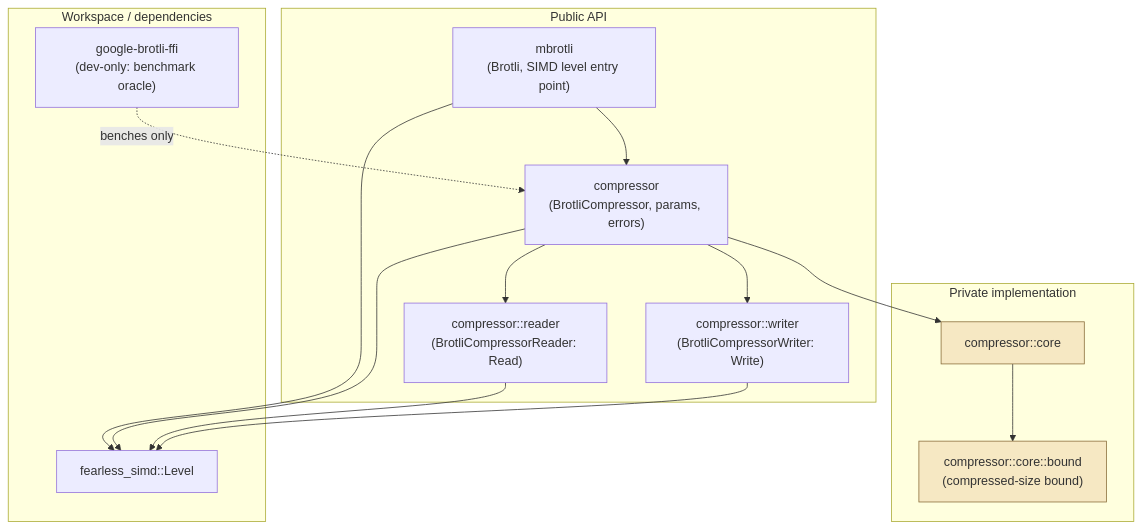
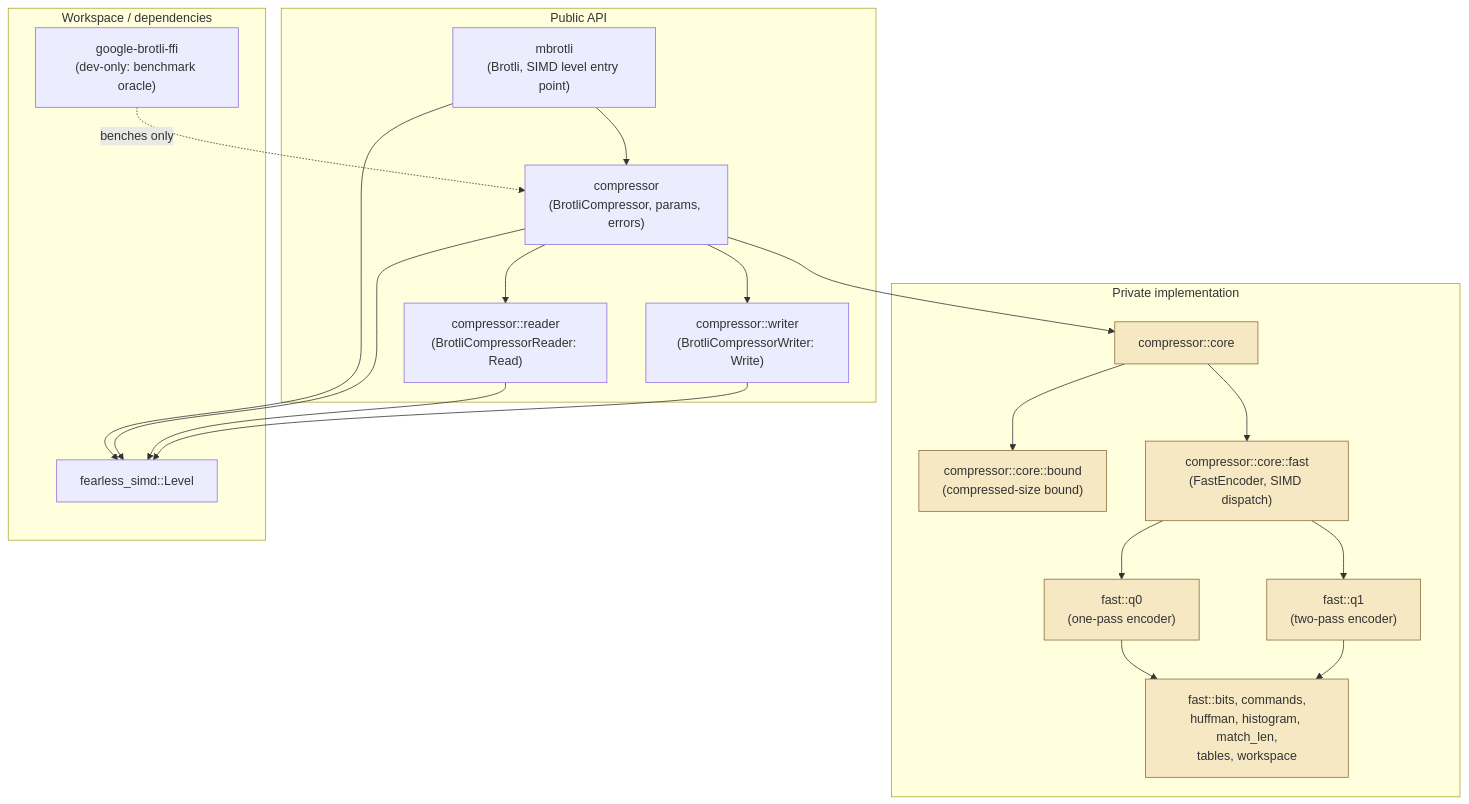
One commit to Mnwa/mbrotli changed the diagram in architecture/README.md. Above: the diagram before and after it, drawn with Mermaid. The commit also changed other lines of this file and 52 other files, not shown here.

````diff
--- a/architecture/README.md
+++ b/architecture/README.md
@@ -21,33 +22,42 @@
 ```mermaid
 graph TD
     subgraph public["Public API"]
         lib["mbrotli<br/>(Brotli, SIMD level entry point)"]
         comp["compressor<br/>(BrotliCompressor, params, errors)"]
         reader["compressor::reader<br/>(BrotliCompressorReader: Read)"]
         writer["compressor::writer<br/>(BrotliCompressorWriter: Write)"]
     end
 
     subgraph private["Private implementation"]
         core["compressor::core"]
         bound["compressor::core::bound<br/>(compressed-size bound)"]
+        fast["compressor::core::fast<br/>(FastEncoder, SIMD dispatch)"]
+        q0["fast::q0<br/>(one-pass encoder)"]
+        q1["fast::q1<br/>(two-pass encoder)"]
+        shared["fast::bits, commands,<br/>huffman, histogram, match_len,<br/>tables, workspace"]
     end
 
     subgraph external["Workspace / dependencies"]
         simd["fearless_simd::Level"]
         ffi["google-brotli-ffi<br/>(dev-only: benchmark oracle)"]
     end
 
     lib --> comp
     comp --> reader
     comp --> writer
     comp --> core
     core --> bound
+    core --> fast
+    fast --> q0
+    fast --> q1
+    q0 --> shared
+    q1 --> shared
     lib --> simd
     comp --> simd
     reader --> simd
     writer --> simd
     ffi -.->|benches only| comp
 
     classDef privateNode fill:#f6e8c3,stroke:#8a6d3b;
-    class core,bound privateNode;
+    class core,bound,fast,q0,q1,shared privateNode;
 ```
````
